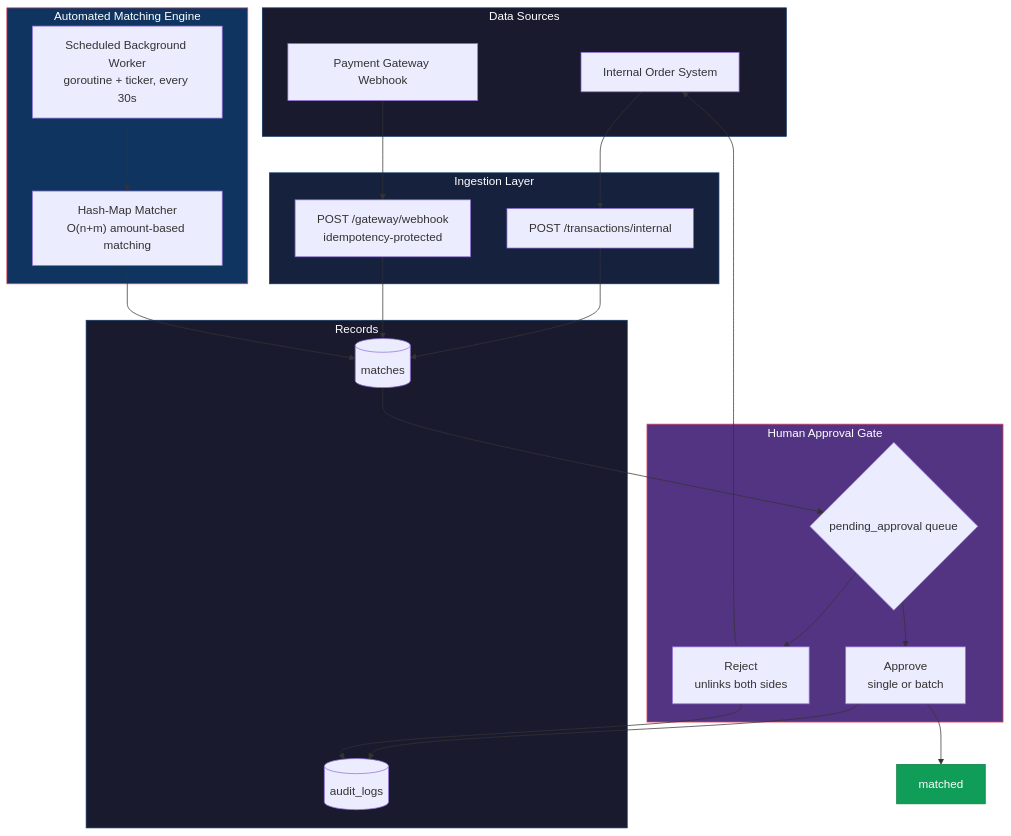
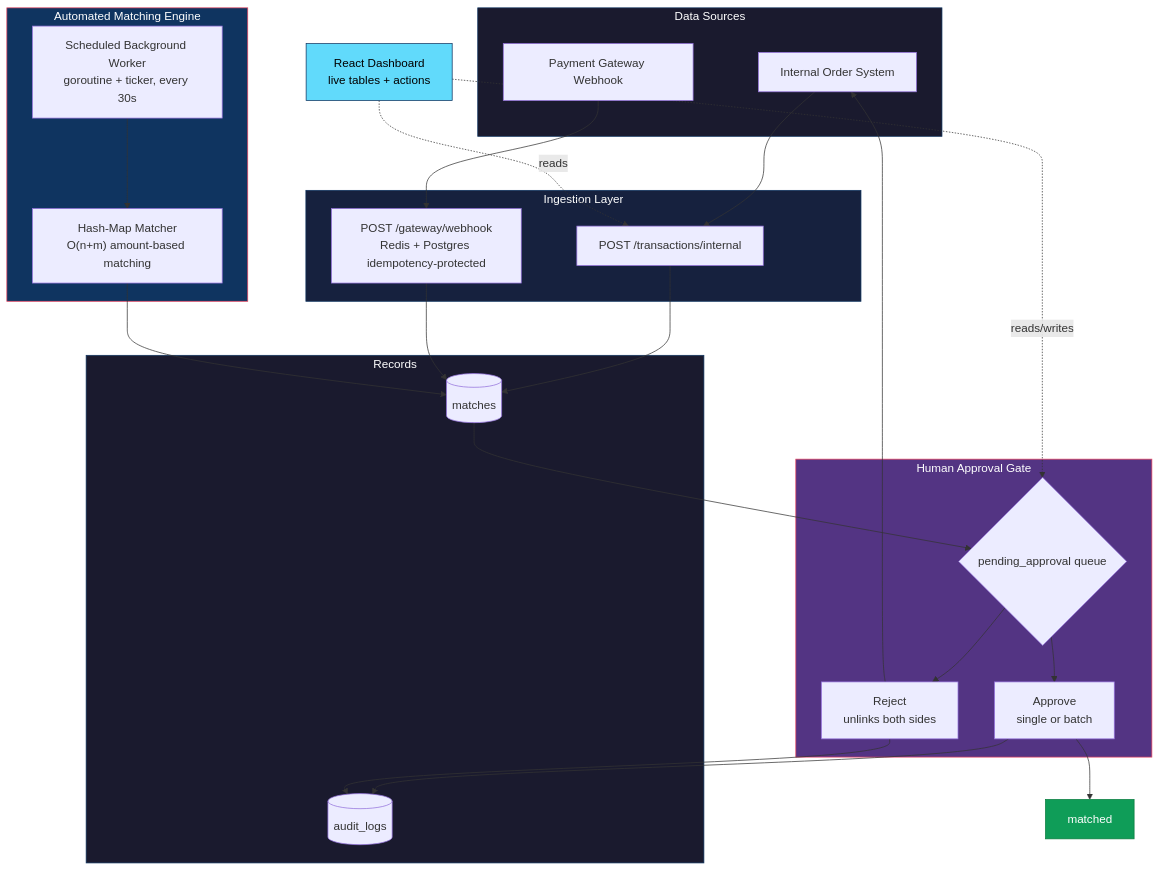
The first of 4 diagrams in README.md (PushpendraXdev/advanced-payment-reconciliation), drawn with Mermaid before and after one commit. The commit also changed other lines of this file, not shown here.

Commit message:
Update README with Redis, frontend dashboard, and final project state

````diff
--- a/README.md
+++ b/README.md
@@ -29,46 +30,50 @@
 ```mermaid
 flowchart TB
     subgraph Sources["Data Sources"]
         A[Internal Order System]
         B[Payment Gateway Webhook]
     end
 
     subgraph Ingestion["Ingestion Layer"]
         C[POST /transactions/internal]
-        D["POST /gateway/webhook<br/>idempotency-protected"]
+        D["POST /gateway/webhook<br/>Redis + Postgres idempotency-protected"]
     end
 
     subgraph Engine["Automated Matching Engine"]
         E["Scheduled Background Worker<br/>goroutine + ticker, every 30s"]
         F["Hash-Map Matcher<br/>O(n+m) amount-based matching"]
     end
 
     subgraph Approval["Human Approval Gate"]
         G{pending_approval queue}
         H["Approve<br/>single or batch"]
         I["Reject<br/>unlinks both sides"]
     end
 
     subgraph Records["Records"]
         J[(matches)]
         K[(audit_logs)]
     end
 
     L[matched]
+    M["React Dashboard<br/>live tables + actions"]
 
     A --> C --> J
     B --> D --> J
     E --> F --> J
     J --> G
     G --> H --> L
     G --> I --> A
     H --> K
     I --> K
+    M -.reads/writes.-> G
+    M -.reads.-> C
 
     style Sources fill:#1a1a2e,stroke:#0f3460,color:#fff
     style Ingestion fill:#16213e,stroke:#0f3460,color:#fff
     style Engine fill:#0f3460,stroke:#e94560,color:#fff
     style Approval fill:#533483,stroke:#e94560,color:#fff
     style Records fill:#1a1a2e,stroke:#0f3460,color:#fff
     style L fill:#0f9d58,stroke:#0a7c3f,color:#fff
+    style M fill:#61DAFB,stroke:#0f3460,color:#000
 ```
````
